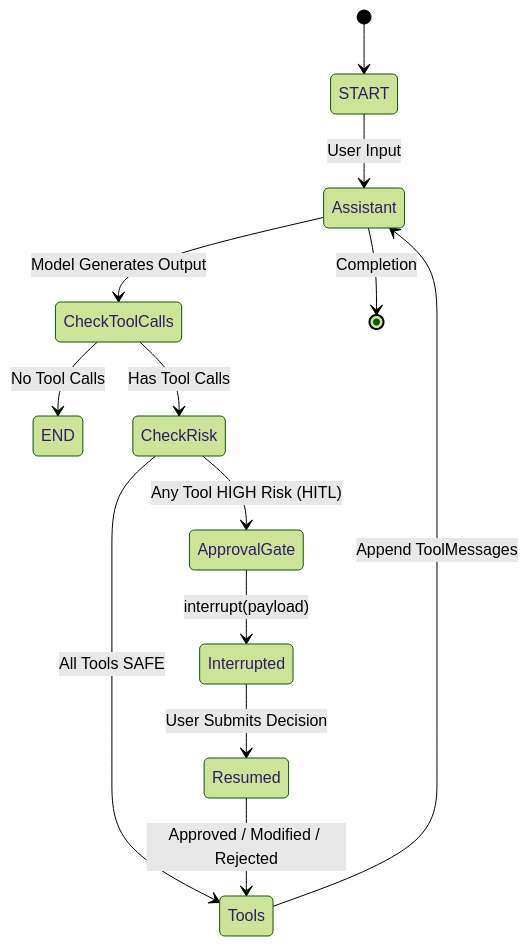
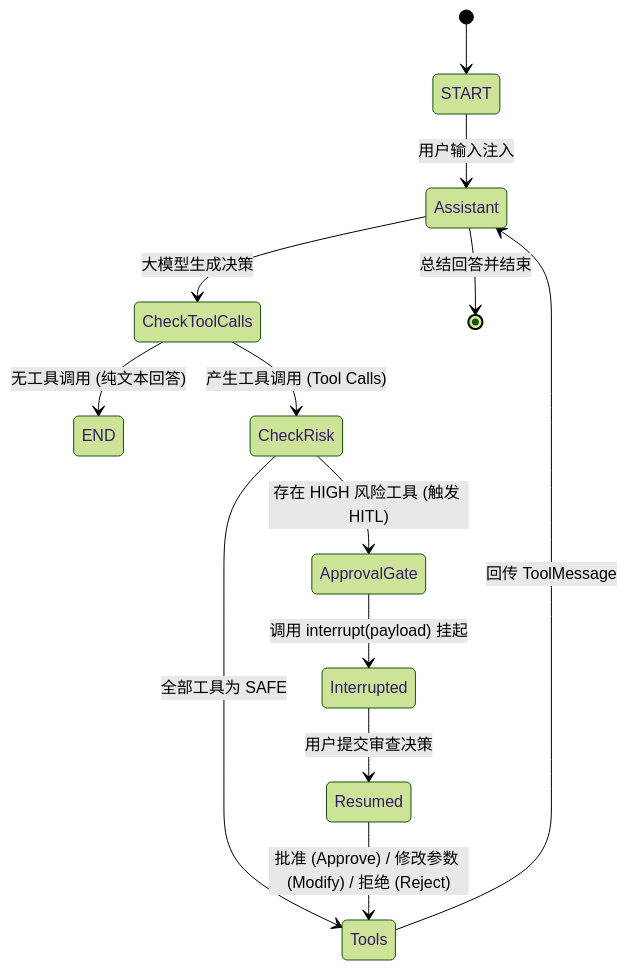
One commit to theGitForDalibor/JarvisStudio changed the diagram in docs/architecture/execution-lifecycle.md. Above: the diagram before and after it, drawn with Mermaid (forest theme). The commit also changed other lines of this file and 16 other files, not shown here.

````diff
--- a/docs/architecture/execution-lifecycle.md
+++ b/docs/architecture/execution-lifecycle.md
@@ -11,23 +11,23 @@
 ```mermaid
 stateDiagram-v2
     [*] --> START
-    START --> Assistant : User Input
-    Assistant --> CheckToolCalls : Model Generates Output
+    START --> Assistant : 用户输入注入
+    Assistant --> CheckToolCalls : 大模型生成决策
 
     state CheckToolCalls <<choice>>
-    CheckToolCalls --> END : No Tool Calls
-    CheckToolCalls --> CheckRisk : Has Tool Calls
+    CheckToolCalls --> END : 无工具调用 (纯文本回答)
+    CheckToolCalls --> CheckRisk : 产生工具调用 (Tool Calls)
 
     state CheckRisk <<choice>>
-    CheckRisk --> Tools : All Tools SAFE
-    CheckRisk --> ApprovalGate : Any Tool HIGH Risk (HITL)
+    CheckRisk --> Tools : 全部工具为 SAFE
+    CheckRisk --> ApprovalGate : 存在 HIGH 风险工具 (触发 HITL)
 
-    ApprovalGate --> Interrupted : interrupt(payload)
-    Interrupted --> Resumed : User Submits Decision
+    ApprovalGate --> Interrupted : 调用 interrupt(payload) 挂起
+    Interrupted --> Resumed : 用户提交审查决策
 
     state Resumed <<choice>>
-    Resumed --> Tools : Approved / Modified / Rejected
+    Resumed --> Tools : 批准 (Approve) / 修改参数 (Modify) / 拒绝 (Reject)
 
-    Tools --> Assistant : Append ToolMessages
-    Assistant --> [*] : Completion
+    Tools --> Assistant : 回传 ToolMessage
+    Assistant --> [*] : 总结回答并结束
 ```
````
